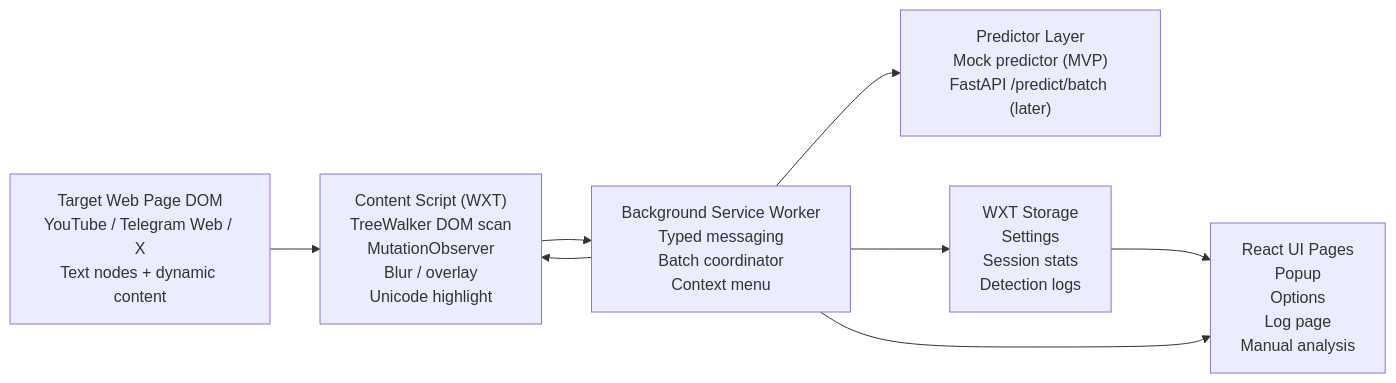
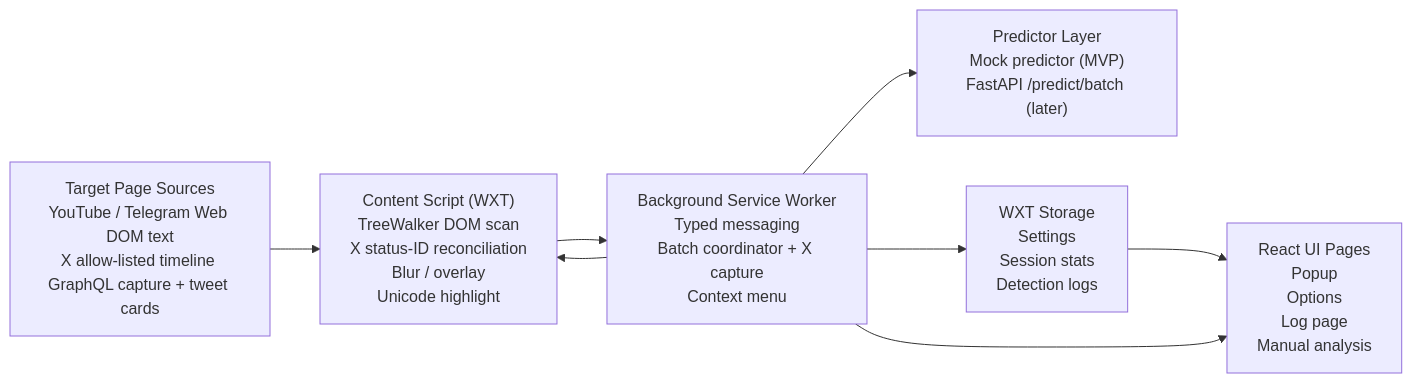
One commit to yudi249/judol_detection changed the diagram in docs/extension/mvp-architecture.md. Above: the diagram before and after it, drawn with Mermaid. The commit also changed other lines of this file and 31 other files, not shown here.

Commit message:
feat(extension): reconcile X timeline predictions by status

````diff
--- a/docs/extension/mvp-architecture.md
+++ b/docs/extension/mvp-architecture.md
@@ -23,17 +23,17 @@
 ```mermaid
 flowchart LR
-    page["Target Web Page DOM<br/>YouTube / Telegram Web / X<br/>Text nodes + dynamic content"]
-    content["Content Script (WXT)<br/>TreeWalker DOM scan<br/>MutationObserver<br/>Blur / overlay<br/>Unicode highlight"]
-    background["Background Service Worker<br/>Typed messaging<br/>Batch coordinator<br/>Context menu"]
+    page["Target Page Sources<br/>YouTube / Telegram Web DOM text<br/>X allow-listed timeline GraphQL capture + tweet cards"]
+    content["Content Script (WXT)<br/>TreeWalker DOM scan<br/>X status-ID reconciliation<br/>Blur / overlay<br/>Unicode highlight"]
+    background["Background Service Worker<br/>Typed messaging<br/>Batch coordinator + X capture<br/>Context menu"]
     predictor["Predictor Layer<br/>Mock predictor (MVP)<br/>FastAPI /predict/batch (later)"]
     storage["WXT Storage<br/>Settings<br/>Session stats<br/>Detection logs"]
     react["React UI Pages<br/>Popup<br/>Options<br/>Log page<br/>Manual analysis"]
 
     page --> content
     content --> background
     background --> predictor
     background --> storage
     storage --> react
     background --> react
     background --> content
 ```
````
